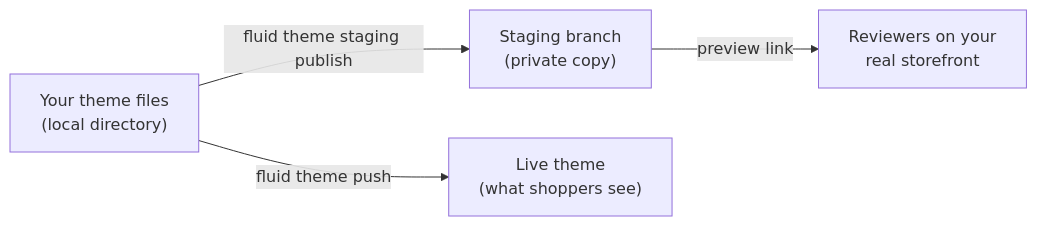
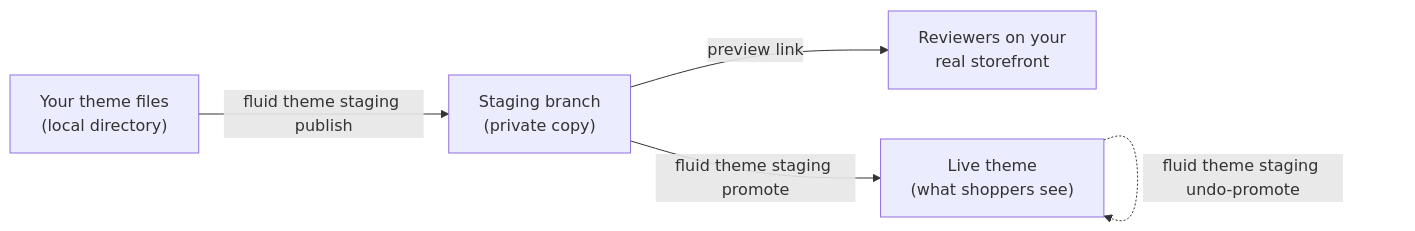
Before and after one commit to fluid-commerce/mintlify-starter: the diagram in themes/branches.mdx, drawn with Mermaid. The commit also changed other lines of this file and 2 other files, not shown here.

First line of the commit message:
docs(themes): document promoting staging to live, undo, and teamwork

````diff
--- a/themes/branches.mdx
+++ b/themes/branches.mdx
@@ -9,6 +9,7 @@
 ```mermaid
 flowchart LR
   A["Your theme files<br/>(local directory)"] -- "fluid theme staging publish" --> B["Staging branch<br/>(private copy)"]
   B -- "preview link" --> C["Reviewers on your<br/>real storefront"]
-  A -- "fluid theme push" --> D["Live theme<br/>(what shoppers see)"]
+  B -- "fluid theme staging promote" --> D["Live theme<br/>(what shoppers see)"]
+  D -. "fluid theme staging undo-promote" .-> D
 ```
````
